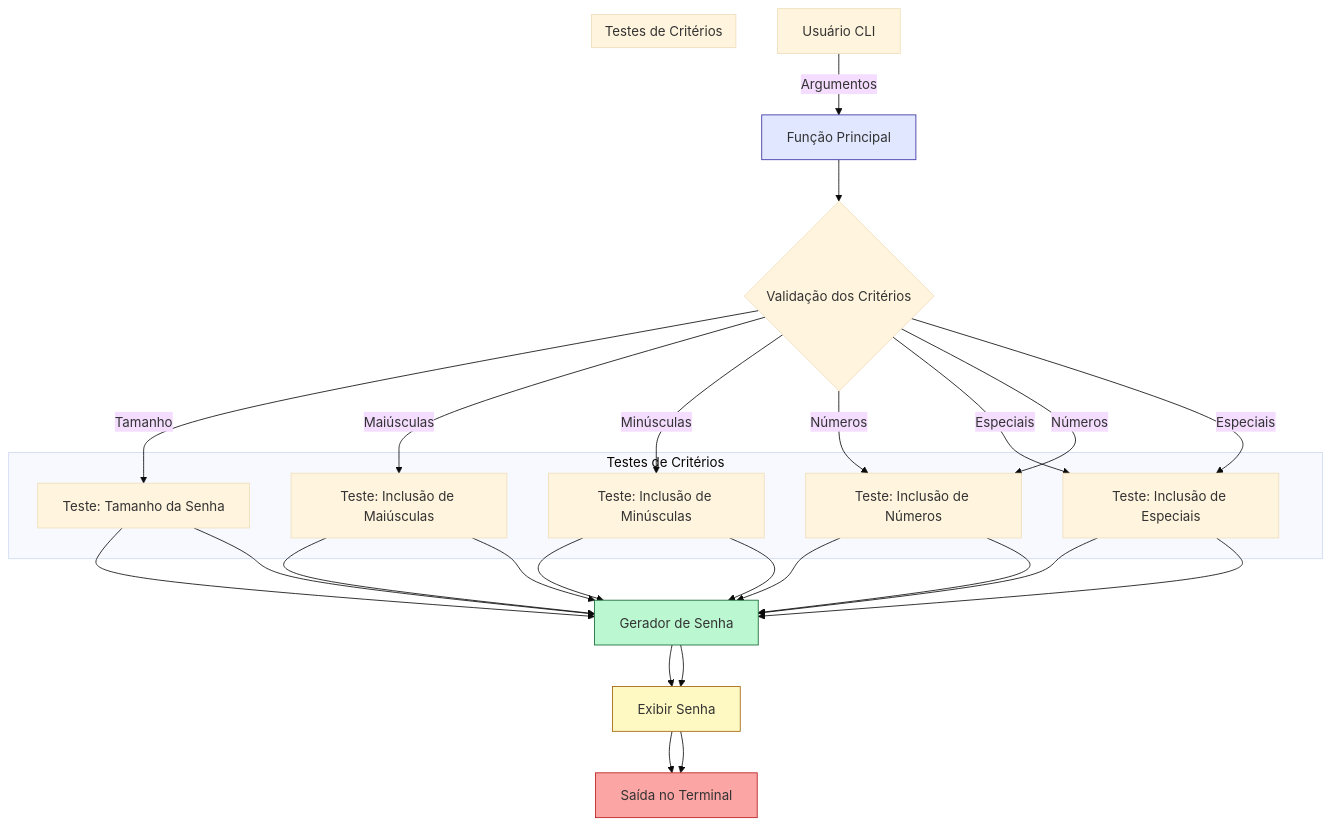
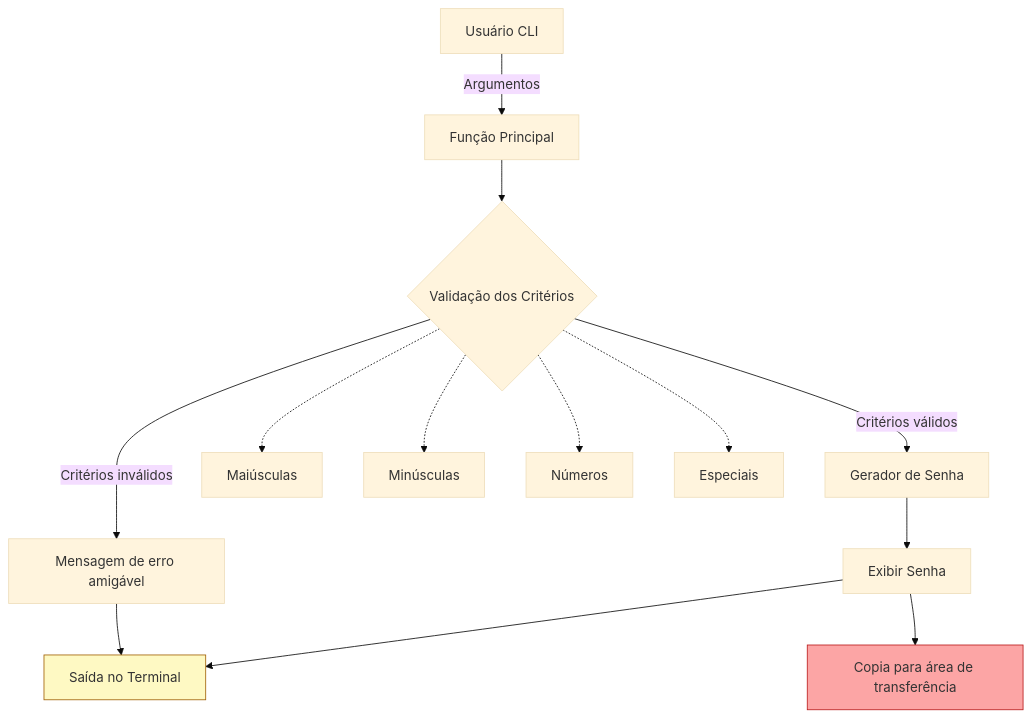
The diagram in docs/diagrama.mmd (miesper/akcit_genai_password_generator), drawn with Mermaid (base theme) before and after one commit.

Commit message:
docs(diagram): atualizar diagrama para refletir validação de critérios e fluxo de erro amigável

```diff
--- a/docs/diagrama.mmd
+++ b/docs/diagrama.mmd
@@ -1,42 +1,16 @@
 flowchart TD
     A["Usuário CLI"] -->|"Argumentos"| B["Função Principal"]
     B --> C{"Validação dos Critérios"}
-    C -->|"Tamanho"| D1["Teste: Tamanho da Senha"]
-    C -->|"Maiúsculas"| D2["Teste: Inclusão de Maiúsculas"]
-    C -->|"Minúsculas"| D3["Teste: Inclusão de Minúsculas"]
-    C -->|"Números"| D4["Teste: Inclusão de Números"]
-    C -->|"Especiais"| D5["Teste: Inclusão de Especiais"]
-    D1 --> E["Gerador de Senha"]
-    D2 --> E
-    D3 --> E
-    D4 --> E
-    D5 --> E
-    E --> F["Exibir Senha"]
-    F --> G["Saída no Terminal"]
-    subgraph "Testes de Critérios"
-        D1
-        D2
-        D3
-        D4
-        D5
-    end
-    C -->|Números| D4[Teste: Inclusão de Números]
-    C -->|Especiais| D5[Teste: Inclusão de Especiais]
-    D1 --> E[Gerador de Senha]
-    D2 --> E
-    D3 --> E
-    D4 --> E
-    D5 --> E
-    E --> F[Exibir Senha]
-    F --> G[Saída no Terminal]
-    subgraph Testes de Critérios
-        D1
-        D2
-        D3
-        D4
-        D5
-    end
-    style B fill:#e0e7ff,stroke:#3730a3
-    style E fill:#bbf7d0,stroke:#166534
+    C -- "Critérios válidos" --> D["Gerador de Senha"]
+    C -- "Critérios inválidos" --> H["Mensagem de erro amigável"]
+    D --> E["Exibir Senha"]
+    E --> F["Saída no Terminal"]
+    E --> G["Copia para área de transferência"]
+    H --> F
+    %% Critérios detalhados
+    C -.-> D1["Maiúsculas"]
+    C -.-> D2["Minúsculas"]
+    C -.-> D3["Números"]
+    C -.-> D4["Especiais"]
     style F fill:#fef9c3,stroke:#a16207
     style G fill:#fca5a5,stroke:#b91c1c
```
